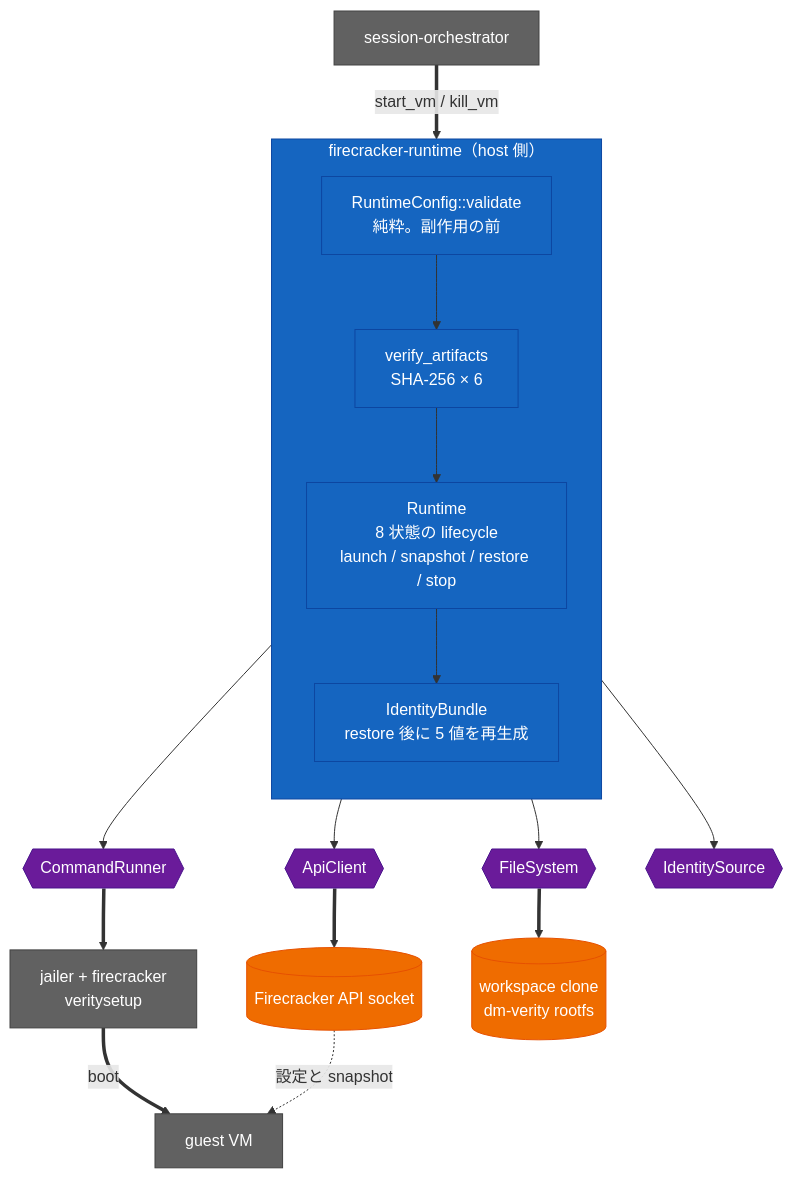
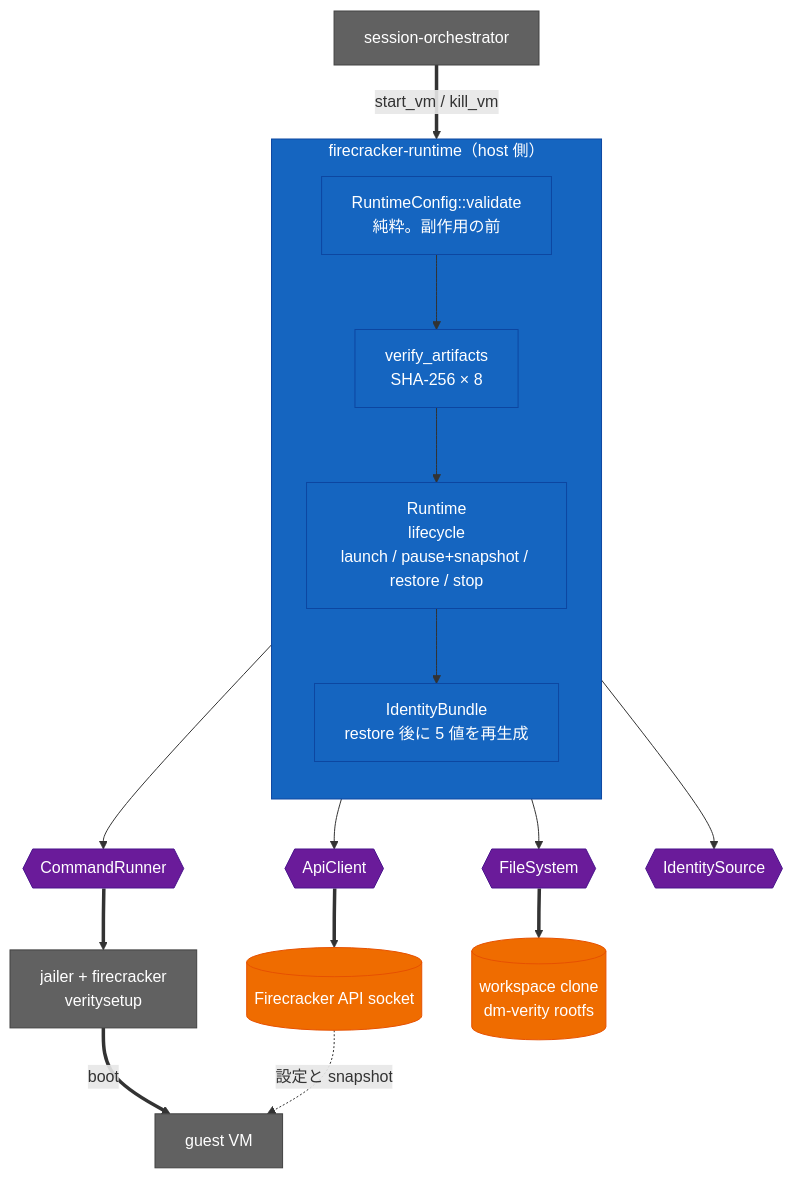
Before and after one commit to Aqua-218/SecCamp-AIAgent: the diagram in docs/firecracker-runtime/README.md, drawn with Mermaid. The commit also changed other lines of this file, not shown here.

First line of the commit message:
docs(firecracker-runtime): count eight pinned artifacts, not six

````diff
--- a/docs/firecracker-runtime/README.md
+++ b/docs/firecracker-runtime/README.md
@@ -15,45 +15,45 @@
 ```mermaid
 flowchart TB
     orch["session-orchestrator"]
 
     subgraph fr["firecracker-runtime（host 側）"]
         direction TB
         cfg["RuntimeConfig::validate<br/>純粋。副作用の前"]
-        verify["verify_artifacts<br/>SHA-256 × 6"]
-        rt["Runtime<br/>8 状態の lifecycle<br/>launch / snapshot / restore / stop"]
+        verify["verify_artifacts<br/>SHA-256 × 8"]
+        rt["Runtime<br/>lifecycle<br/>launch / pause+snapshot / restore / stop"]
         ids["IdentityBundle<br/>restore 後に 5 値を再生成"]
     end
 
     cmd{{"CommandRunner"}}
     fs{{"FileSystem"}}
     api{{"ApiClient"}}
     ent{{"IdentitySource"}}
 
     jailer["jailer + firecracker<br/>veritysetup"]
     sock[("Firecracker API socket")]
     ws[("workspace clone<br/>dm-verity rootfs")]
     guest["guest VM"]
 
     orch ==>|"start_vm / kill_vm"| rt
     cfg --> verify
     verify --> rt
     rt --> ids
     rt --> cmd
     rt --> fs
     rt --> api
     ids --> ent
     cmd ==> jailer
     fs ==> ws
     api ==> sock
     jailer ==>|"boot"| guest
     sock -.->|"設定と snapshot"| guest
 
     classDef host fill:#1565c0,color:#fff,stroke:#0d47a1;
     classDef seam fill:#6a1b9a,color:#fff,stroke:#4a148c;
     classDef data fill:#ef6c00,color:#fff,stroke:#e65100;
     classDef external fill:#616161,color:#fff,stroke:#424242;
     class fr,cfg,verify,rt,ids host;
     class cmd,fs,api,ent seam;
     class orch,jailer,guest external;
     class ws,sock data;
 ```
````
